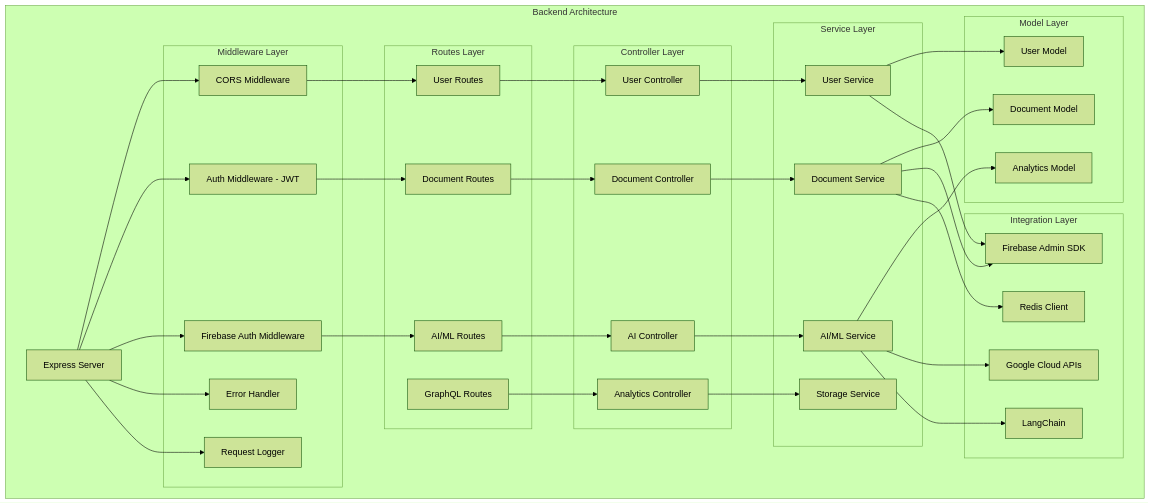
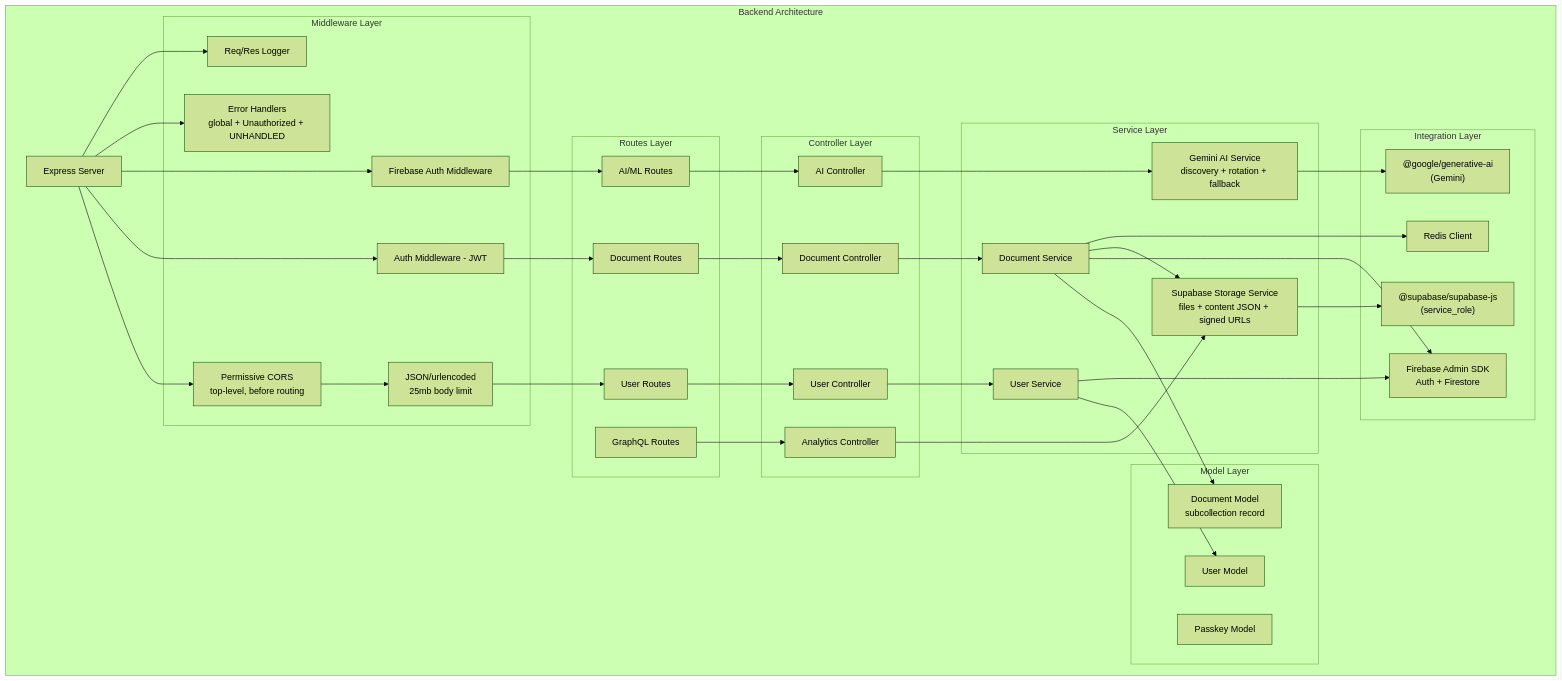
One commit to Derek-miranda/DocuThinker-AI changed the fifth of 40 diagrams in ARCHITECTURE.md. Above: the diagram before and after it, drawn with Mermaid (forest theme). The commit also changed other lines of this file and 73 other files, not shown here.

Commit message:
feat: integrate Supabase for document storage and add cache handling

````diff
--- a/ARCHITECTURE.md
+++ b/ARCHITECTURE.md
@@ -352,78 +456,80 @@
 ```mermaid
 graph TB
     subgraph "Backend Architecture"
         A[Express Server]
 
         subgraph "Middleware Layer"
-            B[CORS Middleware]
+            B[Permissive CORS<br/>top-level, before routing]
+            BJ[JSON/urlencoded<br/>25mb body limit]
             C[Auth Middleware - JWT]
             D[Firebase Auth Middleware]
-            E[Error Handler]
-            F[Request Logger]
+            E[Error Handlers<br/>global + Unauthorized + UNHANDLED]
+            F[Req/Res Logger]
         end
 
         subgraph "Routes Layer"
             G[User Routes]
             H[Document Routes]
             I[AI/ML Routes]
             J[GraphQL Routes]
         end
 
         subgraph "Controller Layer"
             K[User Controller]
             L[Document Controller]
             M[AI Controller]
             N[Analytics Controller]
         end
 
         subgraph "Service Layer"
             O[User Service]
             P[Document Service]
-            Q[AI/ML Service]
-            R[Storage Service]
+            Q[Gemini AI Service<br/>discovery + rotation + fallback]
+            R[Supabase Storage Service<br/>files + content JSON + signed URLs]
         end
 
         subgraph "Model Layer"
             S[User Model]
-            T[Document Model]
-            U[Analytics Model]
+            T[Document Model<br/>subcollection record]
+            U[Passkey Model]
         end
 
         subgraph "Integration Layer"
-            V[Firebase Admin SDK]
-            W[Google Cloud APIs]
-            X[LangChain]
+            V[Firebase Admin SDK<br/>Auth + Firestore]
+            W["@google/generative-ai<br/>(Gemini)"]
+            SBX["@supabase/supabase-js<br/>(service_role)"]
             Y[Redis Client]
         end
     end
 
     A --> B
+    B --> BJ
     A --> C
     A --> D
     A --> E
     A --> F
 
-    B --> G
+    BJ --> G
     C --> H
     D --> I
 
     G --> K
     H --> L
     I --> M
     J --> N
 
     K --> O
     L --> P
     M --> Q
     N --> R
 
     O --> S
     P --> T
-    Q --> U
 
     O --> V
     P --> V
+    P --> R
+    R --> SBX
     Q --> W
-    Q --> X
     P --> Y
 ```
````
